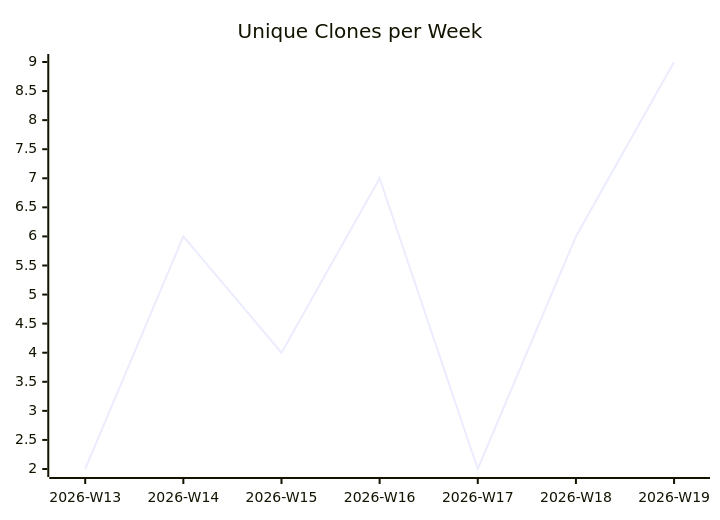
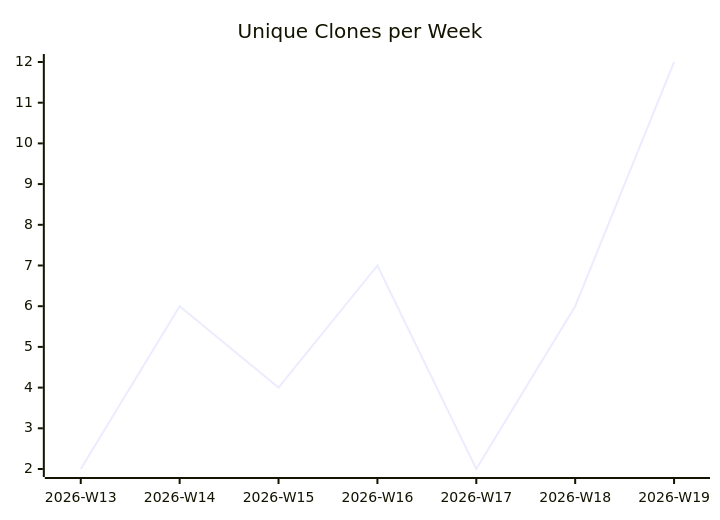
One commit to justdavis-family/github-analytics-data changed the third of 3 diagrams in karlmdavis/obsidian-operator/README.md. Above: the diagram before and after it, drawn with Mermaid. The commit also changed other lines of this file and 192 other files, not shown here.

````diff
--- a/karlmdavis/obsidian-operator/README.md
+++ b/karlmdavis/obsidian-operator/README.md
@@ -19,6 +19,6 @@
 ```mermaid
 xychart-beta
   title "Unique Clones per Week"
   x-axis ["2026-W13", "2026-W14", "2026-W15", "2026-W16", "2026-W17", "2026-W18", "2026-W19"]
-  line [2, 6, 4, 7, 2, 6, 9]
+  line [2, 6, 4, 7, 2, 6, 12]
 ```
````
